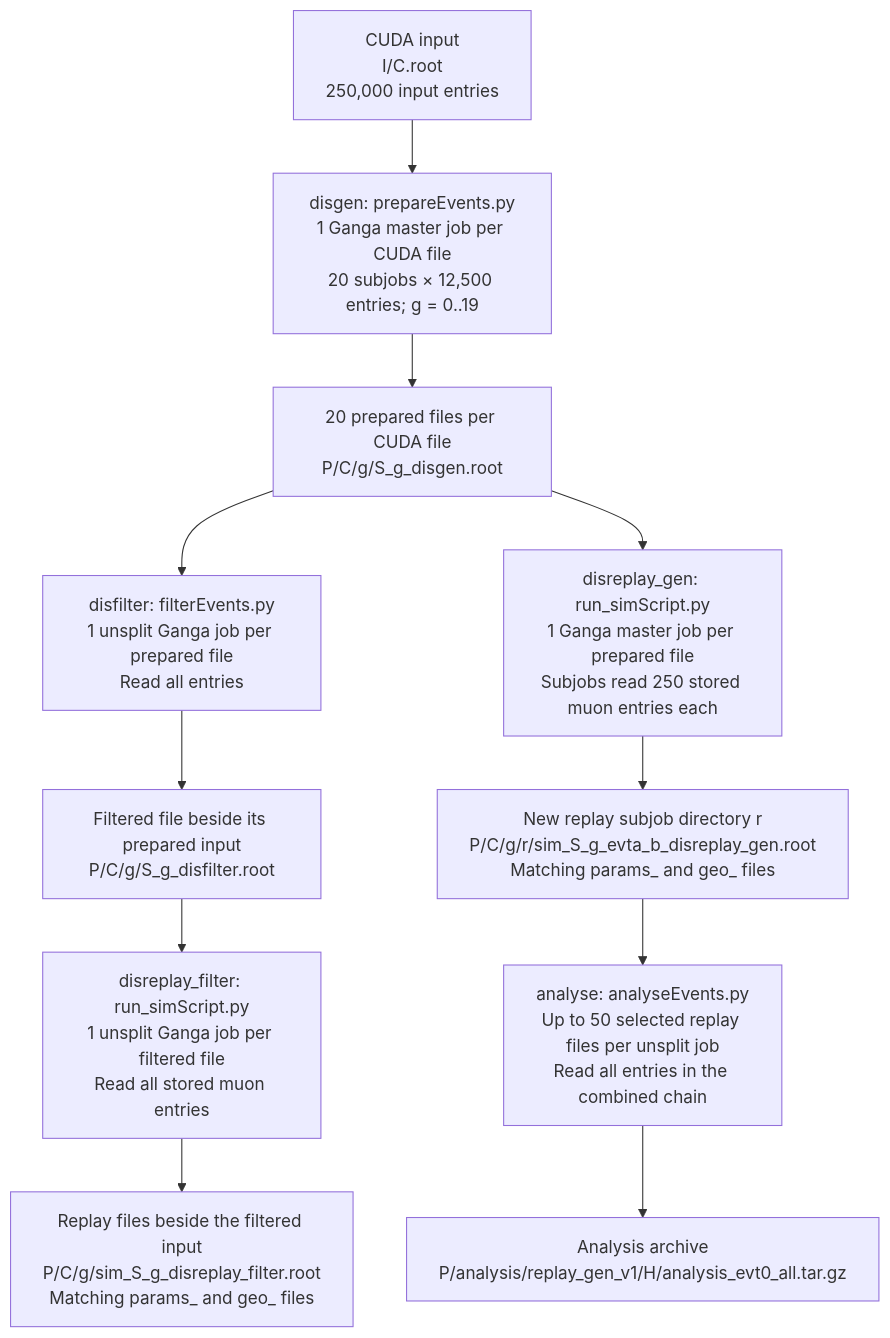
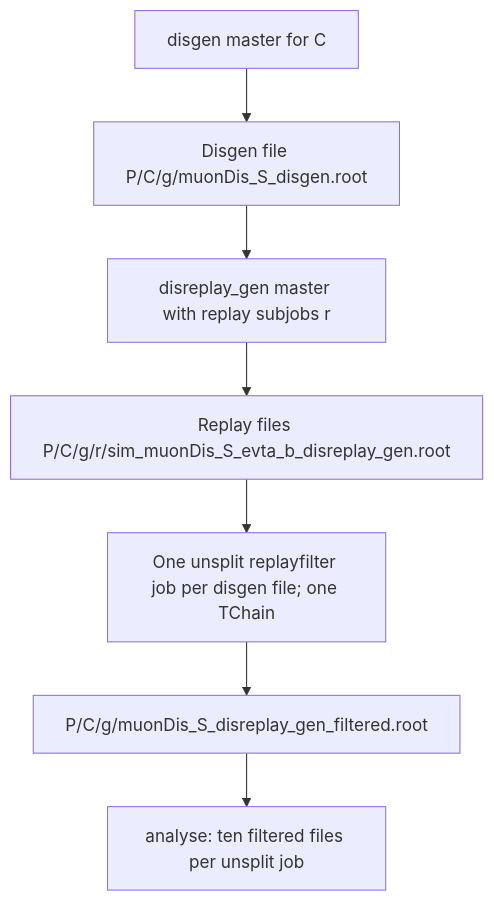
One commit to amagnan/htcondor_submission_scripts changed the diagram in NewMuonDIS/production/directory-structure.md. Above: the diagram before and after it, drawn with Mermaid. The commit also changed other lines of this file and 6 other files, not shown here.

````diff
--- a/NewMuonDIS/production/directory-structure.md
+++ b/NewMuonDIS/production/directory-structure.md
@@ -36,19 +6,9 @@
 ```mermaid
 flowchart TD
-    CUDA["CUDA input<br/>I/C.root<br/>250,000 input entries"]
-    GEN["disgen: prepareEvents.py<br/>1 Ganga master job per CUDA file<br/>20 subjobs × 12,500 entries; g = 0..19"]
-    GFILE["20 prepared files per CUDA file<br/>P/C/g/S_g_disgen.root"]
-    FILTER["disfilter: filterEvents.py<br/>1 unsplit Ganga job per prepared file<br/>Read all entries"]
-    FFILE["Filtered file beside its prepared input<br/>P/C/g/S_g_disfilter.root"]
-    RGEN["disreplay_gen: run_simScript.py<br/>1 Ganga master job per prepared file<br/>Subjobs read 250 stored muon entries each"]
-    RGOUT["New replay subjob directory r<br/>P/C/g/r/sim_S_g_evta_b_disreplay_gen.root<br/>Matching params_ and geo_ files"]
-    RFILTER["disreplay_filter: run_simScript.py<br/>1 unsplit Ganga job per filtered file<br/>Read all stored muon entries"]
-    RFOUT["Replay files beside the filtered input<br/>P/C/g/sim_S_g_disreplay_filter.root<br/>Matching params_ and geo_ files"]
-    ANALYSIS["analyse: analyseEvents.py<br/>Up to 50 selected replay files per unsplit job<br/>Read all entries in the combined chain"]
-    ARCHIVE["Analysis archive<br/>P/analysis/replay_gen_v1/H/analysis_evt0_all.tar.gz"]
-
-    CUDA --> GEN --> GFILE
-    GFILE --> FILTER --> FFILE --> RFILTER --> RFOUT
-    GFILE --> RGEN --> RGOUT
-    RGOUT --> ANALYSIS --> ARCHIVE
+    GEN[disgen master for C] --> DIS[Disgen file P/C/g/muonDis_S_disgen.root]
+    DIS --> REPLAY[disreplay_gen master with replay subjobs r]
+    REPLAY --> INPUTS[Replay files P/C/g/r/sim_muonDis_S_evta_b_disreplay_gen.root]
+    INPUTS --> FILTER[One unsplit replayfilter job per disgen file; one TChain]
+    FILTER --> OUT[P/C/g/muonDis_S_disreplay_gen_filtered.root]
+    OUT --> ANALYSIS[analyse: ten filtered files per unsplit job]
 ```
````
